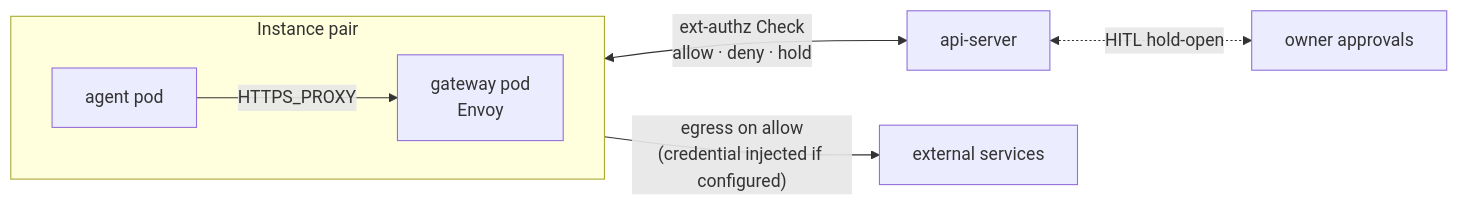
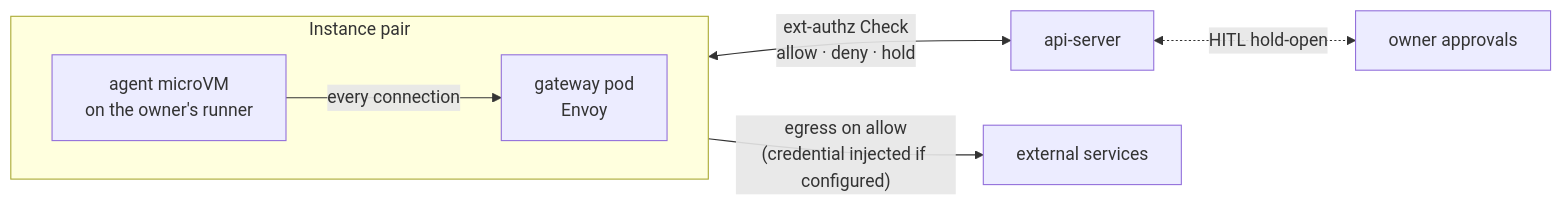
The second of 2 diagrams in docs/strategy/security-overview.md (dam-agents/dam), drawn with Mermaid before and after one commit. The commit also changed other lines of this file and 53 other files, not shown here.

````diff
--- a/docs/strategy/security-overview.md
+++ b/docs/strategy/security-overview.md
@@ -63,17 +57,17 @@
 ```mermaid
 flowchart LR
   subgraph pair[Instance pair]
     direction LR
-    agent[agent pod]
+    agent["agent microVM<br/>on the owner's runner"]
     gw["gateway pod<br/>Envoy"]
   end
 
   api[api-server]
   owner[owner approvals]
   ext[external services]
 
-  agent -->|HTTPS_PROXY| gw
+  agent -->|every connection| gw
   gw <-->|"ext-authz Check<br/>allow · deny · hold"| api
   api <-.->|HITL hold-open| owner
   gw -->|"egress on allow<br/>(credential injected if configured)"| ext
 ```
````
